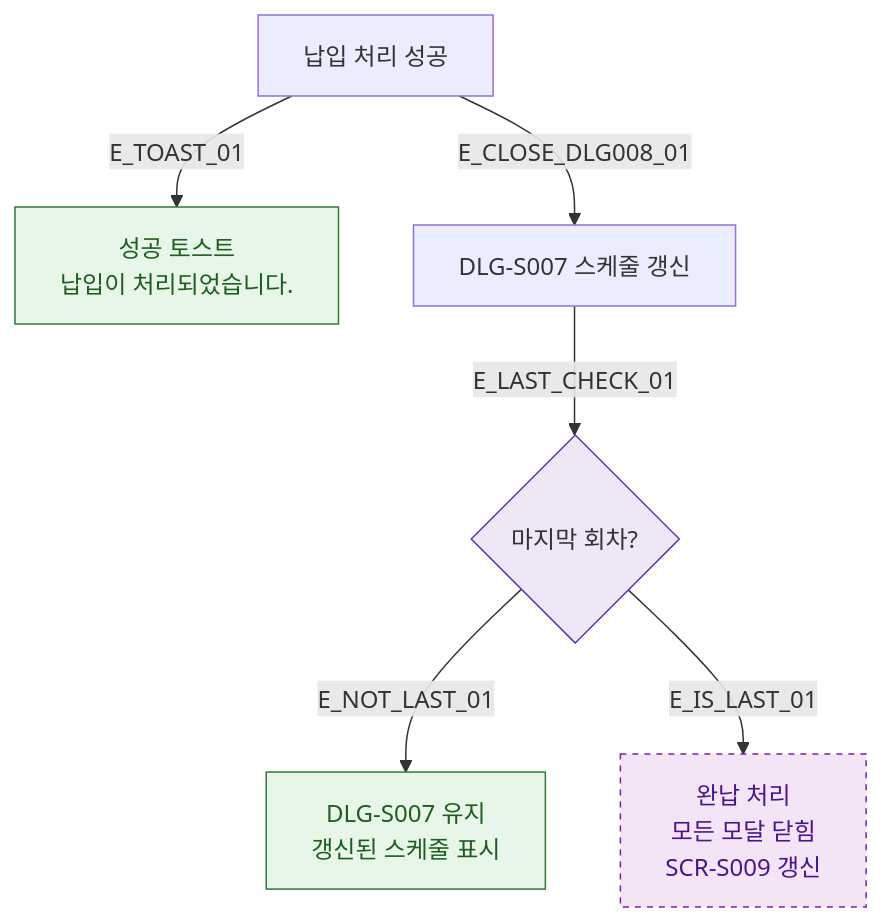
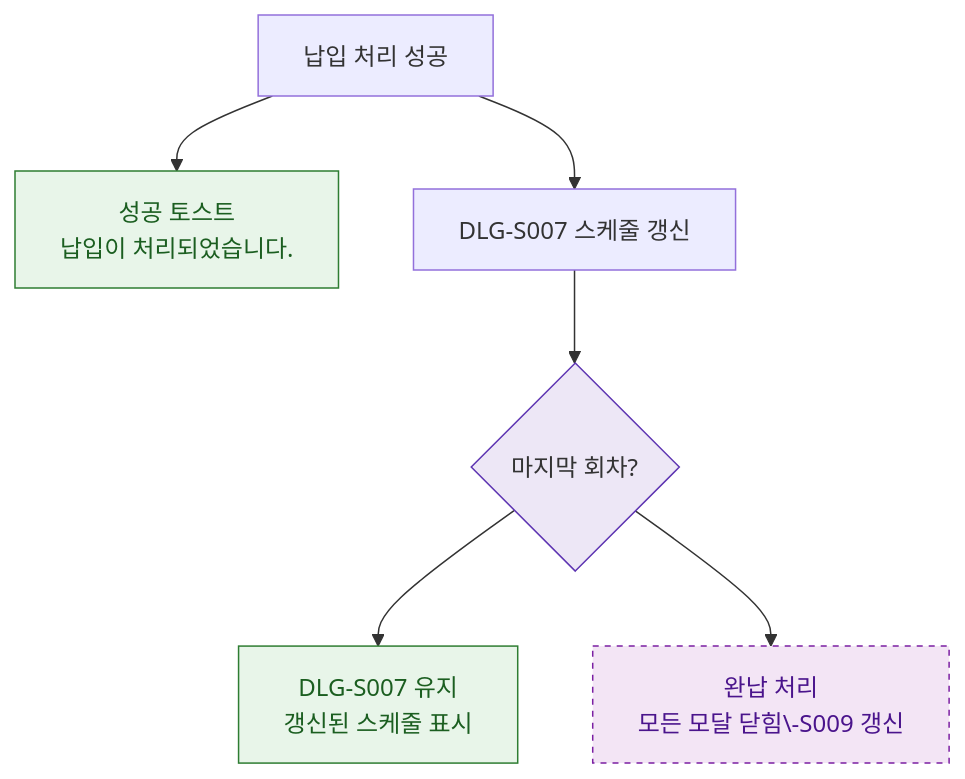
Before and after one commit to dev-spogym/admin-pando: the diagram in docs/다이어그램/D03_매출관리/DLG-S008_납입처리/M3_결과분기.md, drawn with Mermaid. The commit also changed other lines of this file and 1660 other files, not shown here.

First line of the commit message:
다이어그램: 기획자/클라이언트 납품본으로 정리

````diff
--- a/docs/다이어그램/D03_매출관리/DLG-S008_납입처리/M3_결과분기.md
+++ b/docs/다이어그램/D03_매출관리/DLG-S008_납입처리/M3_결과분기.md
@@ -20,16 +18,16 @@
 ```mermaid
 flowchart TD
-    PAY_OK[납입 처리 성공] -->|E_TOAST_01| SUCCESS_TOAST[성공 토스트\n납입이 처리되었습니다.]
-    PAY_OK -->|E_CLOSE_DLG008_01| DLG_S007_REFRESH[DLG-S007 스케줄 갱신]
-    DLG_S007_REFRESH -->|E_LAST_CHECK_01| LAST{마지막 회차?}
-    LAST -->|E_NOT_LAST_01| CONTINUE[DLG-S007 유지\n갱신된 스케줄 표시]
-    LAST -->|E_IS_LAST_01| COMPLETE[완납 처리\n모든 모달 닫힘\nSCR-S009 갱신]
+    PAY_OK[납입 처리 성공] --> SUCCESS_TOAST[성공 토스트\n납입이 처리되었습니다.]
+    PAY_OK --> DLG_S007_REFRESH[DLG-S007 스케줄 갱신]
+    DLG_S007_REFRESH --> LAST{마지막 회차?}
+    LAST --> CONTINUE[DLG-S007 유지\n갱신된 스케줄 표시]
+    LAST --> COMPLETE[완납 처리\n모든 모달 닫힘\-S009 갱신]
 
     classDef newFeature fill:#F3E5F5,stroke:#7B1FA2,color:#4A148C,stroke-dasharray:4 4
     classDef system fill:#EDE7F6,stroke:#5E35B2
     classDef success fill:#E8F5E9,stroke:#2E7D32,color:#1B5E20
 
     class COMPLETE newFeature
     class LAST system
     class SUCCESS_TOAST,CONTINUE success
 ```
````
